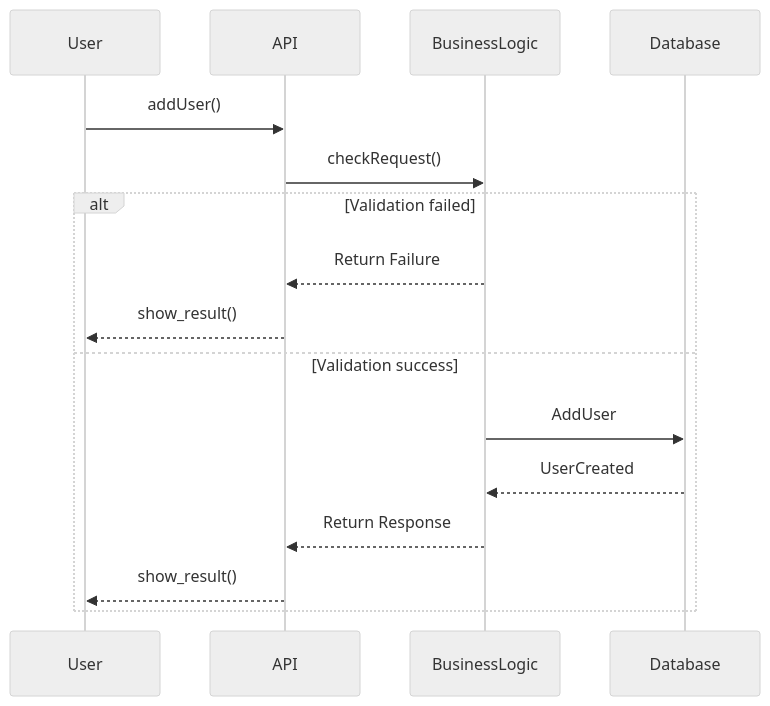
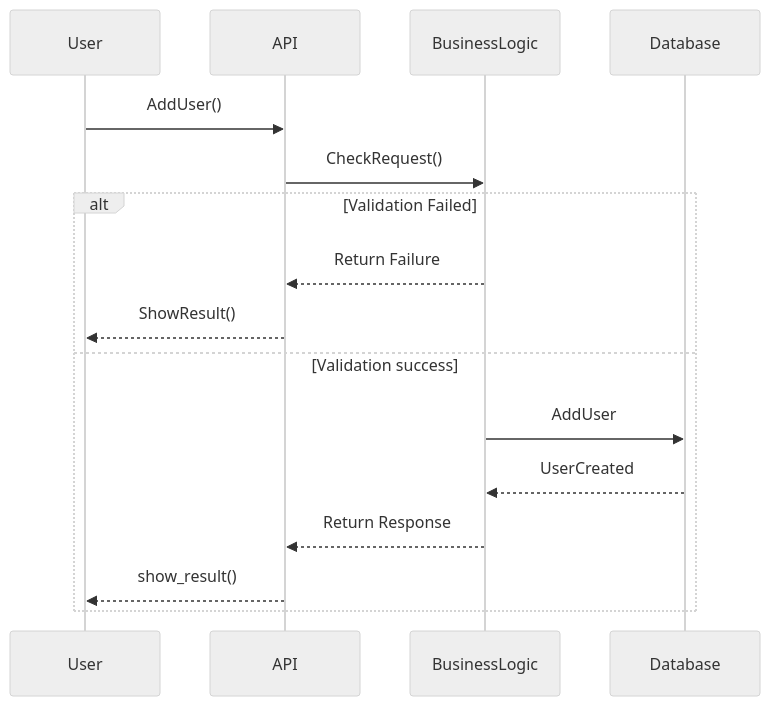
The diagram in part1/sequence_diagrams.mermaid (EnzoMessaoudi/holbertonschool-hbnb), drawn with Mermaid before and after one commit. The commit also changed 1 other file, not shown here.

```diff
--- a/part1/sequence_diagrams.mermaid
+++ b/part1/sequence_diagrams.mermaid
@@ -1,20 +1,20 @@
 %%{ init : { "theme": "neutral" } }%%
 
 sequenceDiagram
 participant User
 participant API
 participant BusinessLogic
 participant Database
 
-User->>API: addUser()
-API->>BusinessLogic: checkRequest()
+User->>API: AddUser()
+API->>BusinessLogic: CheckRequest()
 
-alt Validation failed
+alt Validation Failed
     BusinessLogic-->>API: Return Failure
-    API-->>User:show_result()
+    API-->>User:ShowResult()
 else Validation success
     BusinessLogic->>Database: AddUser
     Database-->>BusinessLogic: UserCreated
     BusinessLogic-->>API: Return Response
     API-->>User: show_result()
 end
```
